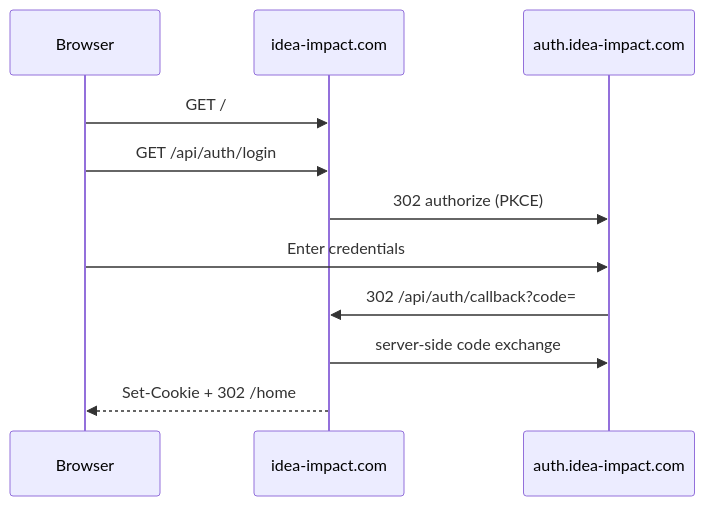
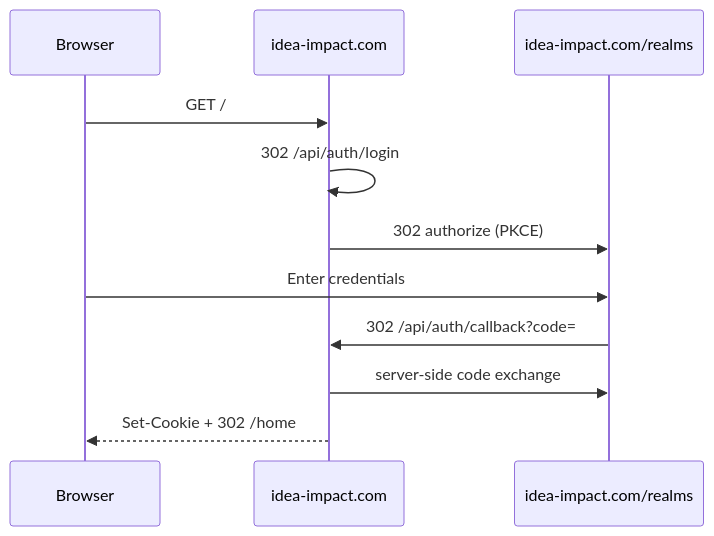
One commit to Boro-Tech-Dev/agx changed the diagram in docs/auth-keycloak.md. Above: the diagram before and after it, drawn with Mermaid. The commit also changed other lines of this file and 17 other files, not shown here.

````diff
--- a/docs/auth-keycloak.md
+++ b/docs/auth-keycloak.md
@@ -38,13 +38,13 @@
 ```mermaid
 sequenceDiagram
   participant Browser
   participant Dashboard as idea-impact.com
-  participant KC as auth.idea-impact.com
+  participant KC as idea-impact.com/realms
   Browser->>Dashboard: GET /
-  Browser->>Dashboard: GET /api/auth/login
+  Dashboard->>Dashboard: 302 /api/auth/login
   Dashboard->>KC: 302 authorize (PKCE)
   Browser->>KC: Enter credentials
   KC->>Dashboard: 302 /api/auth/callback?code=
   Dashboard->>KC: server-side code exchange
   Dashboard-->>Browser: Set-Cookie + 302 /home
 ```
````
